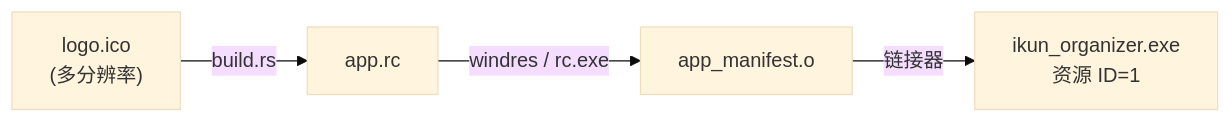
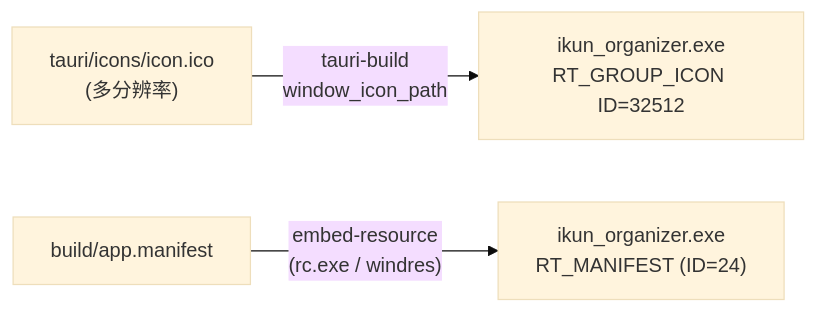
Before and after one commit to baiwusanyu-c/ikun-desktop-organization: the diagram in .trellis/spec/backend/icon-specification.md, drawn with Mermaid (base theme). The commit also changed other lines of this file and 94 other files, not shown here.

````diff
--- a/.trellis/spec/backend/icon-specification.md
+++ b/.trellis/spec/backend/icon-specification.md
@@ -36,6 +38,5 @@
 ```mermaid
 graph LR
-    A["logo.ico<br/>(多分辨率)"] -->|"build.rs"| B["app.rc"]
-    B -->|"windres / rc.exe"| C["app_manifest.o"]
-    C -->|"链接器"| D["ikun_organizer.exe<br/>资源 ID=1"]
+    A["tauri/icons/icon.ico<br/>(多分辨率)"] -->|"tauri-build<br/>window_icon_path"| E["ikun_organizer.exe<br/>RT_GROUP_ICON ID=32512"]
+    M["build/app.manifest"] -->|"embed-resource<br/>(rc.exe / windres)"| F["ikun_organizer.exe<br/>RT_MANIFEST (ID=24)"]
 ```
````
